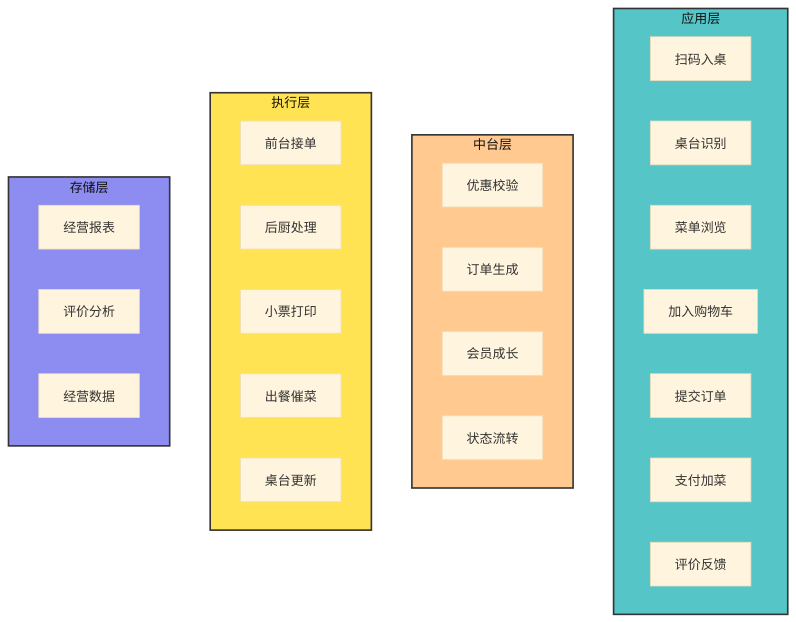
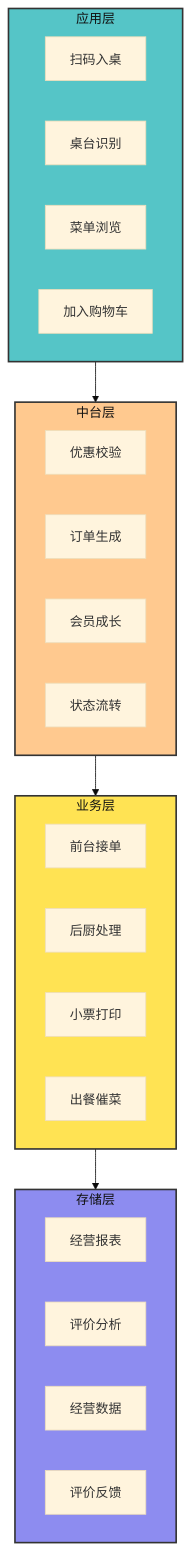
The third of 3 diagrams in readme.md (meisijiya/DIANCAN-SYSTEM), drawn with Mermaid (base theme) before and after one commit. The commit also changed other lines of this file and 1 other file, not shown here.

````diff
--- a/readme.md
+++ b/readme.md
@@ -341,38 +339,39 @@
 ```mermaid
 flowchart TB
     subgraph User[应用层]
         A[扫码入桌]
         B[桌台识别]
         C[菜单浏览]
         D[加入购物车]
-        E[提交订单]
-        F[支付加菜]
-        G[评价反馈]
     end
 
     subgraph Core[中台层]
         RULE[优惠校验]
         ORDER[订单生成]
         MEMBER[会员成长]
         STATE[状态流转]
     end
 
-    subgraph Store[执行层]
+    subgraph Store[业务层]
         ACCEPT[前台接单]
         KITCHEN[后厨处理]
         PRINT[小票打印]
         SERVE[出餐催菜]
-        TABLE[桌台更新]
     end
 
     subgraph Result[存储层]
         REPORT[经营报表]
         REVIEW[评价分析]
         DATA[经营数据]
+        FEEDBACK[评价反馈]
     end
+
+    User --> Core
+    Core --> Store
+    Store --> Result
 
     style User fill:#55c5c7,stroke:#333,stroke-width:2px,color:#111
     style Core fill:#ffc98f,stroke:#333,stroke-width:2px,color:#111
     style Store fill:#ffe353,stroke:#333,stroke-width:2px,color:#111
     style Result fill:#8d8cf0,stroke:#333,stroke-width:2px,color:#111
 ```
````
